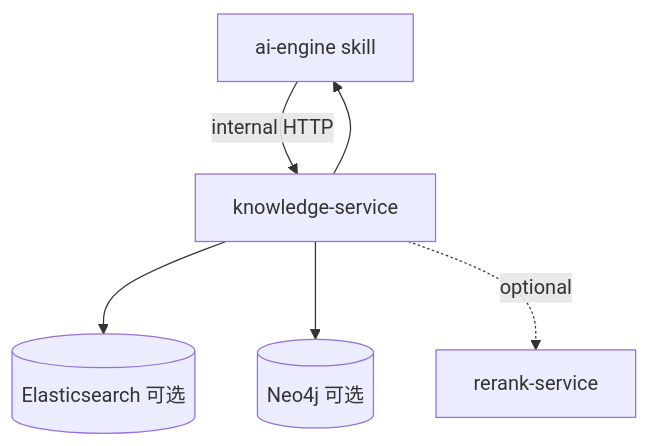
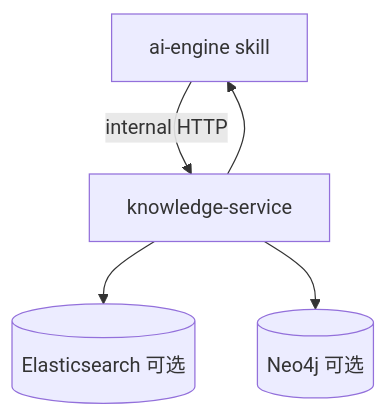
The second of 3 diagrams in architecture/data-flow.md (lawseekdog/docs), drawn with Mermaid before and after one commit. The commit also changed other lines of this file and 11 other files, not shown here.

Commit message:
docs: remove memory and rerank service references

````diff
--- a/architecture/data-flow.md
+++ b/architecture/data-flow.md
@@ -35,8 +35,7 @@
 ```mermaid
 flowchart TD
   A[ai-engine skill] -->|internal HTTP| K[knowledge-service]
   K --> ES[(Elasticsearch 可选)]
   K --> N4[(Neo4j 可选)]
-  K -. optional .-> R[rerank-service]
   K --> A
 ```
````
